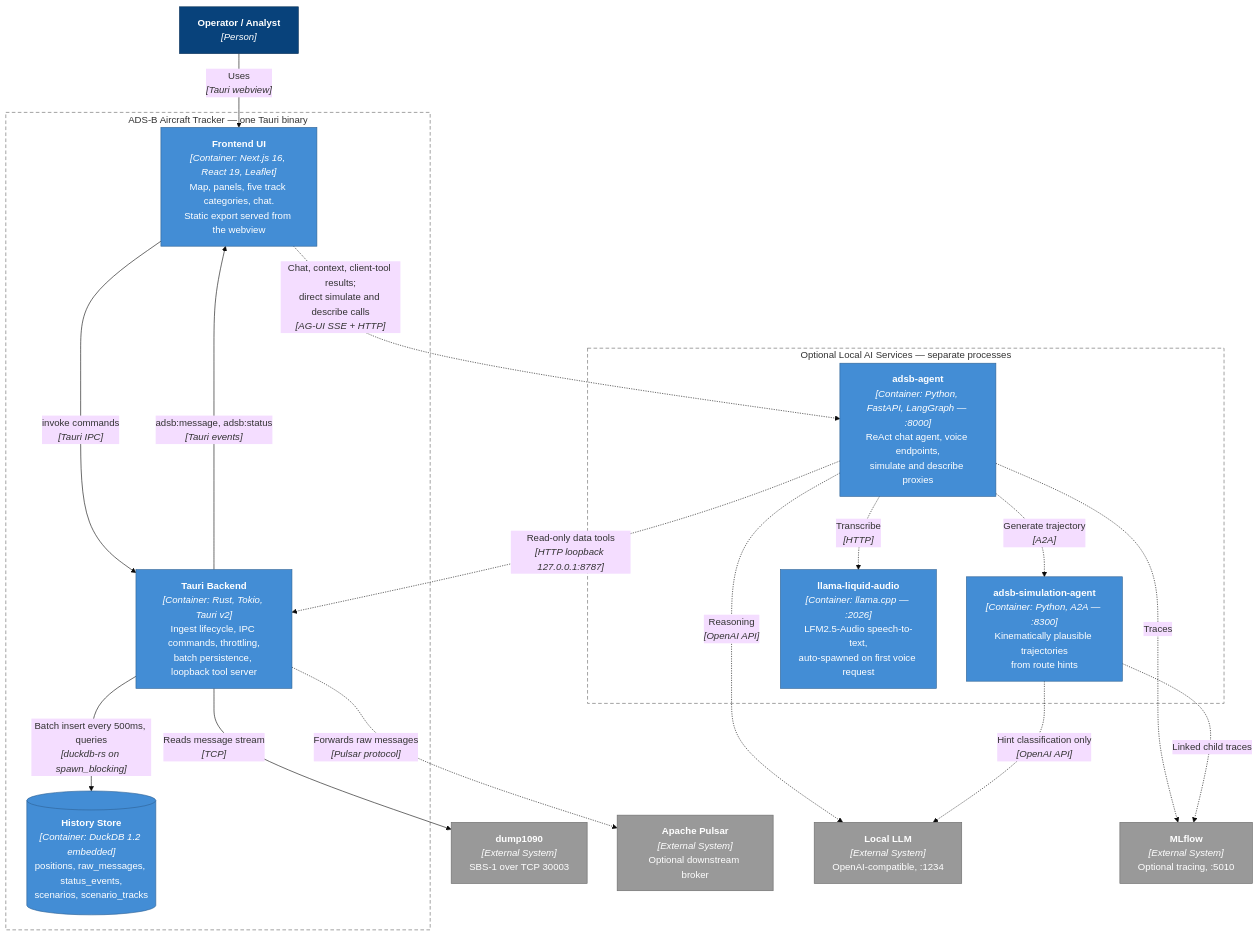
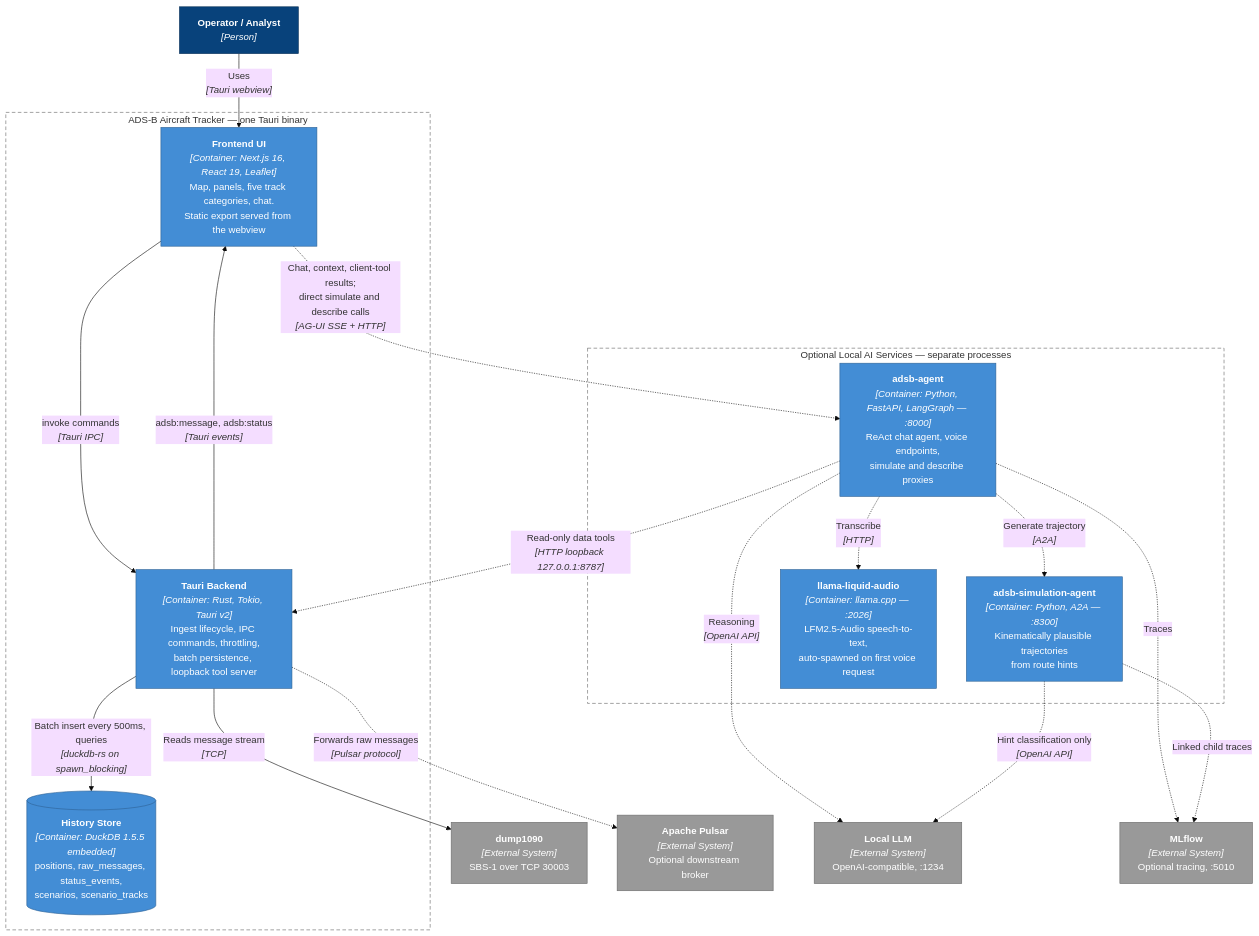
One commit to bnassivet/adsb-feed changed the second of 13 diagrams in rust/adsb-pulsar-client-desktop/docs/DESIGN.md. Above: the diagram before and after it, drawn with Mermaid (base theme). The commit also changed other lines of this file and 26 other files, not shown here.

````diff
--- a/rust/adsb-pulsar-client-desktop/docs/DESIGN.md
+++ b/rust/adsb-pulsar-client-desktop/docs/DESIGN.md
@@ -96,48 +96,48 @@
 ```mermaid
 flowchart TB
     operator["<b>Operator / Analyst</b><br/><i>[Person]</i>"]
 
     subgraph tracker["ADS-B Aircraft Tracker — one Tauri binary"]
         frontend["<b>Frontend UI</b><br/><i>[Container: Next.js 16, React 19, Leaflet]</i><br/>Map, panels, five track categories, chat.<br/>Static export served from the webview"]
         backend["<b>Tauri Backend</b><br/><i>[Container: Rust, Tokio, Tauri v2]</i><br/>Ingest lifecycle, IPC commands, throttling,<br/>batch persistence, loopback tool server"]
-        duckdb[("<b>History Store</b><br/><i>[Container: DuckDB 1.2 embedded]</i><br/>positions, raw_messages, status_events,<br/>scenarios, scenario_tracks")]
+        duckdb[("<b>History Store</b><br/><i>[Container: DuckDB 1.5.5 embedded]</i><br/>positions, raw_messages, status_events,<br/>scenarios, scenario_tracks")]
     end
 
     subgraph agents["Optional Local AI Services — separate processes"]
         agent["<b>adsb-agent</b><br/><i>[Container: Python, FastAPI, LangGraph — :8000]</i><br/>ReAct chat agent, voice endpoints,<br/>simulate and describe proxies"]
         simagent["<b>adsb-simulation-agent</b><br/><i>[Container: Python, A2A — :8300]</i><br/>Kinematically plausible trajectories<br/>from route hints"]
         voice["<b>llama-liquid-audio</b><br/><i>[Container: llama.cpp — :2026]</i><br/>LFM2.5-Audio speech-to-text,<br/>auto-spawned on first voice request"]
     end
 
     dump["<b>dump1090</b><br/><i>[External System]</i><br/>SBS-1 over TCP 30003"]
     pulsar["<b>Apache Pulsar</b><br/><i>[External System]</i><br/>Optional downstream broker"]
     llm["<b>Local LLM</b><br/><i>[External System]</i><br/>OpenAI-compatible, :1234"]
     mlflow["<b>MLflow</b><br/><i>[External System]</i><br/>Optional tracing, :5010"]
 
     operator -->|"Uses<br/><i>[Tauri webview]</i>"| frontend
     frontend -->|"invoke commands<br/><i>[Tauri IPC]</i>"| backend
     backend -->|"adsb:message, adsb:status<br/><i>[Tauri events]</i>"| frontend
     backend -->|"Reads message stream<br/><i>[TCP]</i>"| dump
     backend -.->|"Forwards raw messages<br/><i>[Pulsar protocol]</i>"| pulsar
     backend -->|"Batch insert every 500ms, queries<br/><i>[duckdb-rs on spawn_blocking]</i>"| duckdb
 
     frontend -.->|"Chat, context, client-tool results;<br/>direct simulate and describe calls<br/><i>[AG-UI SSE + HTTP]</i>"| agent
     agent -.->|"Read-only data tools<br/><i>[HTTP loopback 127.0.0.1:8787]</i>"| backend
     agent -.->|"Generate trajectory<br/><i>[A2A]</i>"| simagent
     agent -.->|"Transcribe<br/><i>[HTTP]</i>"| voice
     agent -.->|"Reasoning<br/><i>[OpenAI API]</i>"| llm
     simagent -.->|"Hint classification only<br/><i>[OpenAI API]</i>"| llm
     agent -.->|"Traces"| mlflow
     simagent -.->|"Linked child traces"| mlflow
 
     classDef person fill:#08427B,stroke:#052E56,color:#fff
     classDef container fill:#438DD5,stroke:#2E6295,color:#fff
     classDef db fill:#438DD5,stroke:#2E6295,color:#fff
     classDef external fill:#999999,stroke:#6B6B6B,color:#fff
     classDef boundary fill:none,stroke:#666,stroke-dasharray: 6 4,color:#333
     class operator person
     class frontend,backend,agent,simagent,voice container
     class duckdb db
     class dump,pulsar,llm,mlflow external
     class tracker,agents boundary
 ```
````
